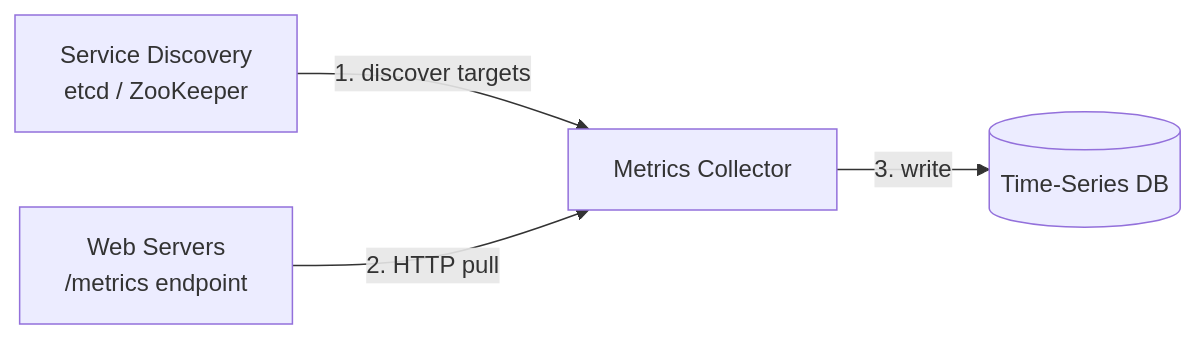
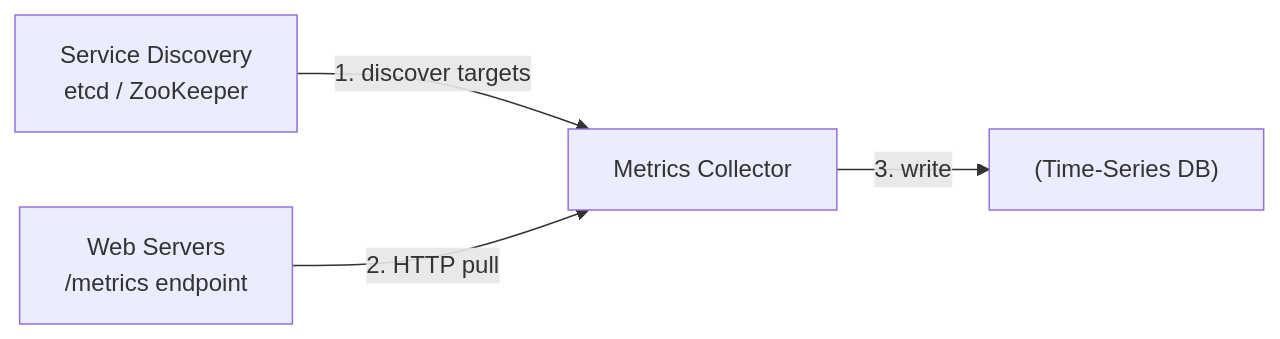
Before and after one commit to pankajThakur1874/studysheet: the second of 5 diagrams in files/System-Design-Questions/23-metrics_monitoring_alerting_system_design.md, drawn with Mermaid. The commit also changed other lines of this file and 102 other files, not shown here.

Commit message:
Auto-fix Mermaid diagram syntax across all study guides to prevent Syntax Error in Mermaid v10

````diff
--- a/files/System-Design-Questions/23-metrics_monitoring_alerting_system_design.md
+++ b/files/System-Design-Questions/23-metrics_monitoring_alerting_system_design.md
@@ -217,6 +217,6 @@
 ```mermaid
 flowchart LR
-    SD[Service Discovery<br/>etcd / ZooKeeper] -->|1. discover targets| MC[Metrics Collector]
+    SD["Service Discovery<br/>etcd / ZooKeeper"] -->|1. discover targets| MC[Metrics Collector]
     WS["Web Servers<br/>/metrics endpoint"] -->|2. HTTP pull| MC
-    MC -->|3. write| TSDB[(Time-Series DB)]
+    MC -->|3. write| TSDB["(Time-Series DB)"]
 ```
````
